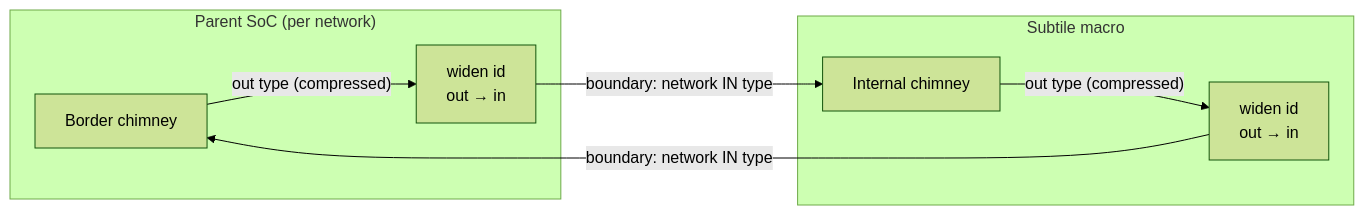
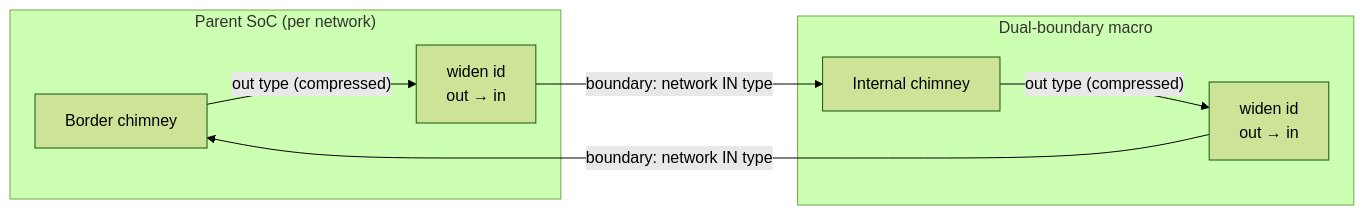
One commit to FondazioneChipsIT/ollivander changed the diagram in docs/hw/component_standardization.md. Above: the diagram before and after it, drawn with Mermaid (forest theme). The commit also changed other lines of this file and 36 other files, not shown here.

First line of the commit message:
[REFACTOR]: one component kind, the Isle; the macro boundary named

````diff
--- a/docs/hw/component_standardization.md
+++ b/docs/hw/component_standardization.md
@@ -706,15 +649,15 @@
 ```mermaid
 flowchart LR
     subgraph PARENT["Parent SoC (per network)"]
         PCH["Border chimney"]
         PW["widen id<br/>out → in"]
         PCH -- "out type (compressed)" --> PW
     end
-    subgraph MACRO["Subtile macro"]
+    subgraph MACRO["Dual-boundary macro"]
         MW["widen id<br/>out → in"]
         MCH["Internal chimney"]
         MCH -- "out type (compressed)" --> MW
     end
     PW -- "boundary: network IN type" --> MCH
     MW -- "boundary: network IN type" --> PCH
 ```
````
